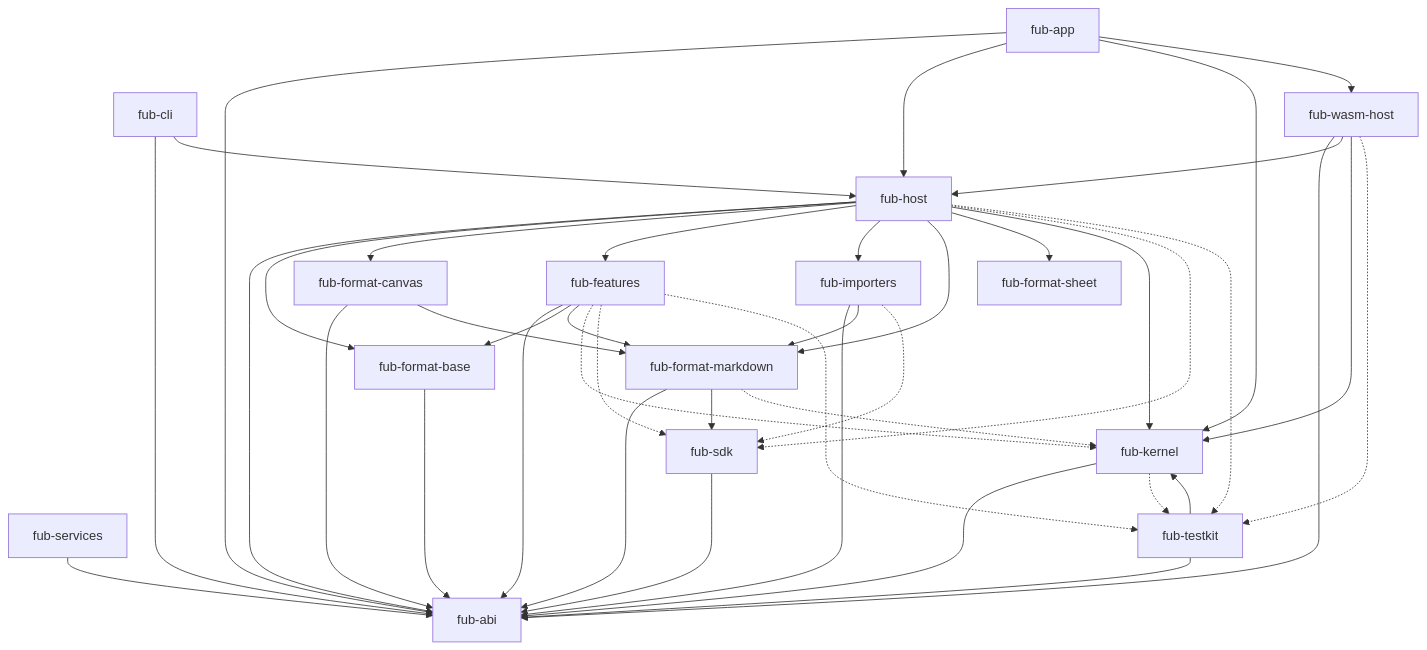
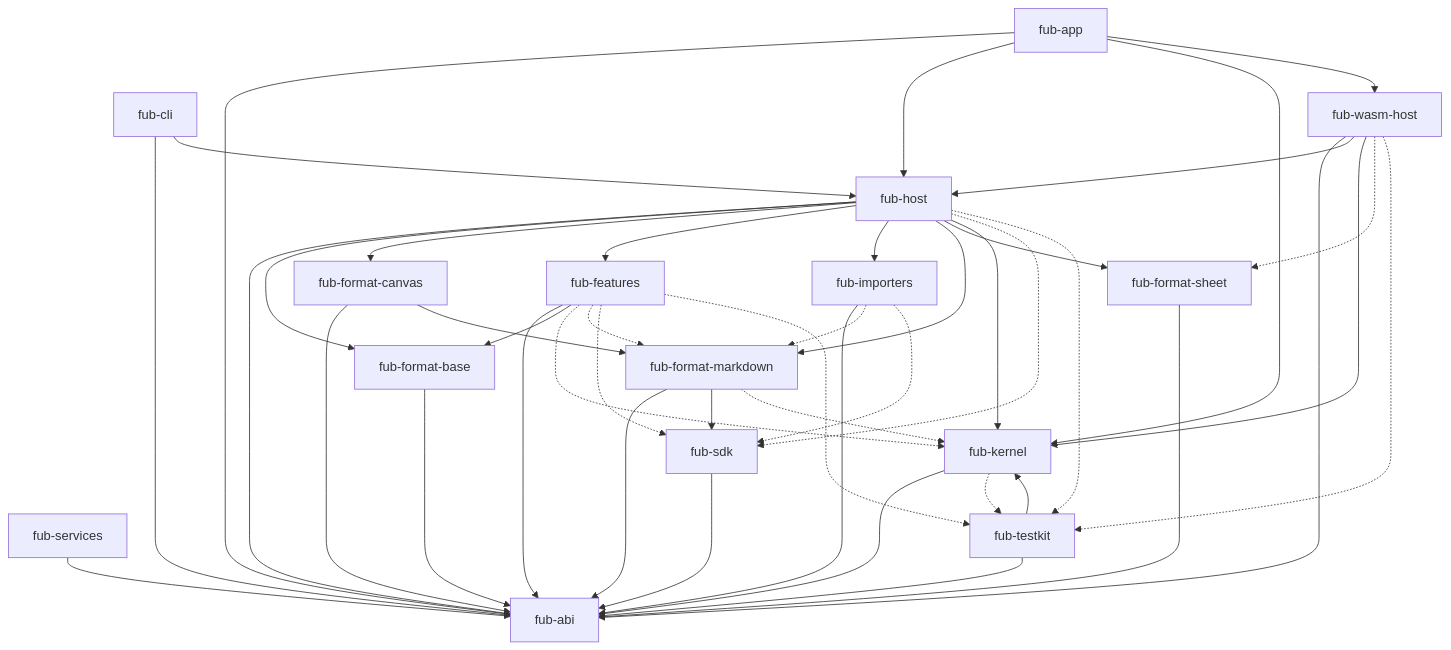
One commit to Fubeo/Fub changed the first of 2 diagrams in docs/architecture/overview.md. Above: the diagram before and after it, drawn with Mermaid. The commit also changed other lines of this file and 448 other files, not shown here.

````diff
--- a/docs/architecture/overview.md
+++ b/docs/architecture/overview.md
@@ -28,64 +28,66 @@
 ```mermaid
 flowchart TD
     %% @grafo-dipendenze
     %% Questo blocco è confrontato con cargo metadata da dependency_invariant.rs.
 
     app["fub-app"]
     host["fub-host"]
     features["fub-features"]
     markdown["fub-format-markdown"]
     sheet["fub-format-sheet"]
     base["fub-format-base"]
     canvas["fub-format-canvas"]
     importers["fub-importers"]
     cli["fub-cli"]
     services["fub-services"]
     wasmhost["fub-wasm-host"]
     sdk["fub-sdk"]
     testkit["fub-testkit"]
     kernel["fub-kernel"]
     abi["fub-abi"]
 
     app --> abi
     app --> host
     app --> kernel
     app --> wasmhost
     host --> abi
     host --> base
     host --> canvas
     host --> features
     host --> importers
     host --> markdown
     host --> sheet
     host --> kernel
     cli --> abi
     cli --> host
     services --> abi
     base --> abi
     canvas --> abi
     canvas --> markdown
     importers --> abi
-    importers --> markdown
     features --> abi
     features --> base
-    features --> markdown
     markdown --> abi
     markdown --> sdk
+    sheet --> abi
     wasmhost --> abi
     wasmhost --> host
     wasmhost --> kernel
     kernel --> abi
     sdk --> abi
     testkit --> abi
     testkit --> kernel
 
     features -.-> kernel
+    features -.-> markdown
     features -.-> sdk
     features -.-> testkit
     markdown -.-> kernel
     kernel -.-> testkit
     host -.-> sdk
     host -.-> testkit
+    wasmhost -.-> sheet
     wasmhost -.-> testkit
+    importers -.-> markdown
     importers -.-> sdk
 ```
````
